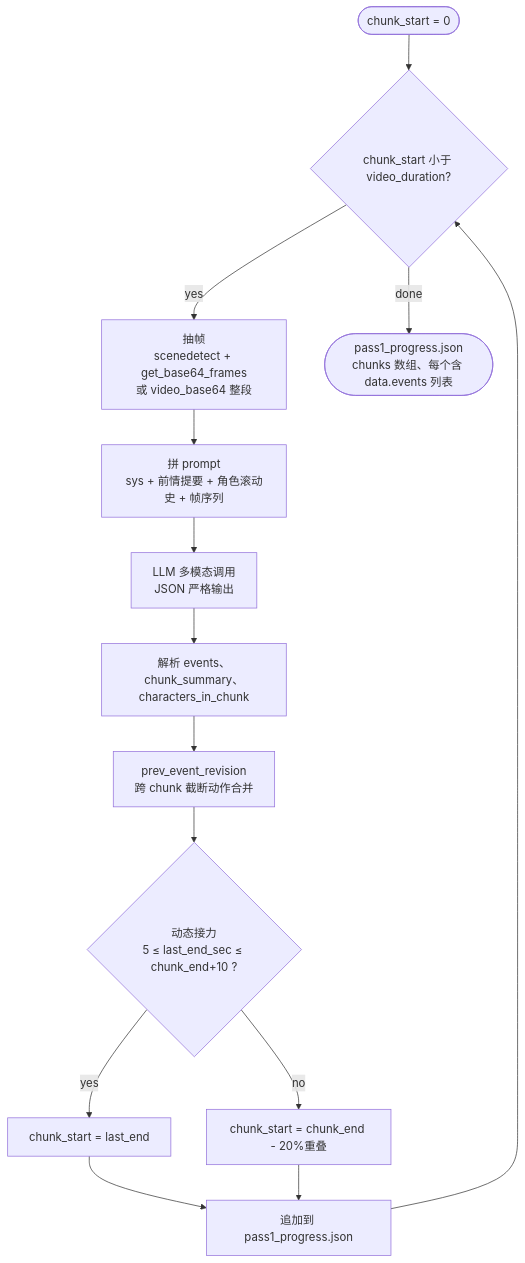
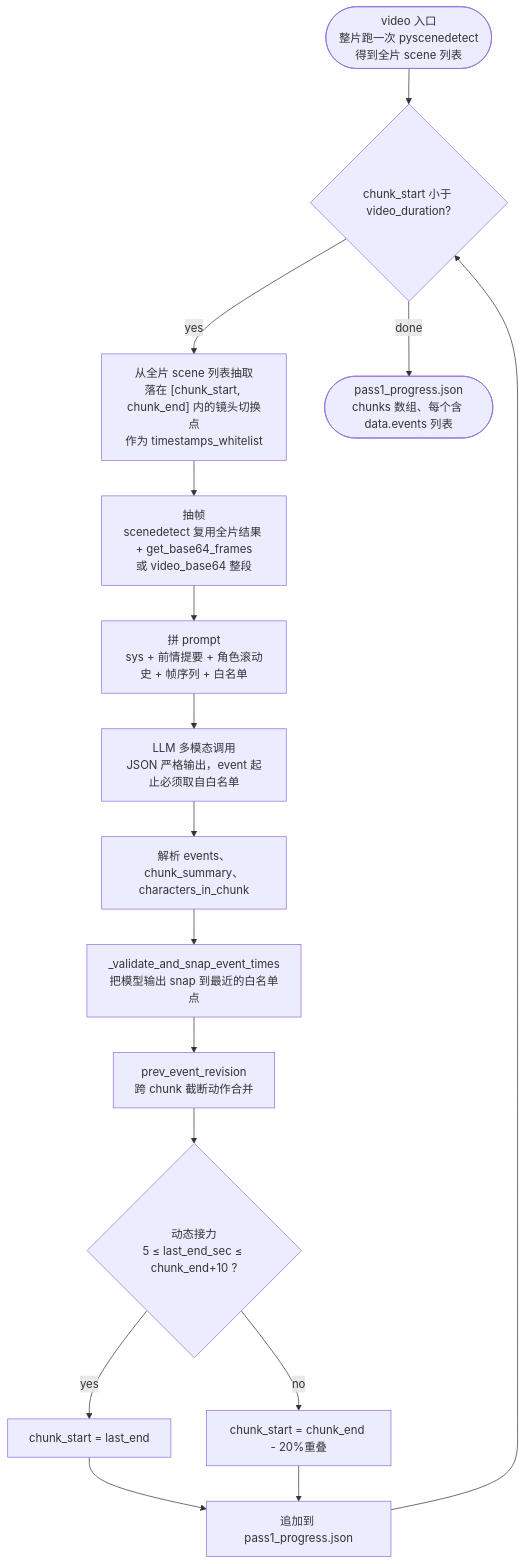
One commit to warmheartHoward/LongVideoCaption changed the second of 4 diagrams in README.md. Above: the diagram before and after it, drawn with Mermaid. The commit also changed other lines of this file and 13 other files, not shown here.

Commit message:
pass 1 debug for pyscenedetect whilte list; pass 3 debug for event character bank; readme fix

````diff
--- a/README.md
+++ b/README.md
@@ -62,18 +62,20 @@
 ```mermaid
 flowchart TB
-    Init(["chunk_start = 0"]) --> Cond{"chunk_start 小于 video_duration?"}
+    Init(["video 入口<br/>整片跑一次 pyscenedetect<br/>得到全片 scene 列表"]) --> Loop{"chunk_start 小于 video_duration?"}
 
-    Cond -->|"yes"| Extract["抽帧<br/>scenedetect + get_base64_frames<br/>或 video_base64 整段"]
-    Extract --> Build["拼 prompt<br/>sys + 前情提要 + 角色滚动史 + 帧序列"]
-    Build --> LLM["LLM 多模态调用<br/>JSON 严格输出"]
+    Loop -->|"yes"| Whitelist["从全片 scene 列表抽取<br/>落在 [chunk_start, chunk_end] 内的镜头切换点<br/>作为 timestamps_whitelist"]
+    Whitelist --> Extract["抽帧<br/>scenedetect 复用全片结果 + get_base64_frames<br/>或 video_base64 整段"]
+    Extract --> Build["拼 prompt<br/>sys + 前情提要 + 角色滚动史 + 帧序列 + 白名单"]
+    Build --> LLM["LLM 多模态调用<br/>JSON 严格输出，event 起止必须取自白名单"]
     LLM --> Parse["解析 events、chunk_summary、characters_in_chunk"]
-    Parse --> Revise["prev_event_revision<br/>跨 chunk 截断动作合并"]
+    Parse --> Snap["_validate_and_snap_event_times<br/>把模型输出 snap 到最近的白名单点"]
+    Snap --> Revise["prev_event_revision<br/>跨 chunk 截断动作合并"]
     Revise --> Relay{"动态接力<br/>5 ≤ last_end_sec ≤ chunk_end+10 ?"}
     Relay -->|"yes"| NextEnd["chunk_start = last_end"]
     Relay -->|"no"| Overlap["chunk_start = chunk_end - 20%重叠"]
     NextEnd --> Append["追加到 pass1_progress.json"]
     Overlap --> Append
-    Append --> Cond
+    Append --> Loop
 
-    Cond -->|"done"| Out(["pass1_progress.json<br/>chunks 数组、每个含 data.events 列表"])
+    Loop -->|"done"| Out(["pass1_progress.json<br/>chunks 数组、每个含 data.events 列表"])
 ```
````
